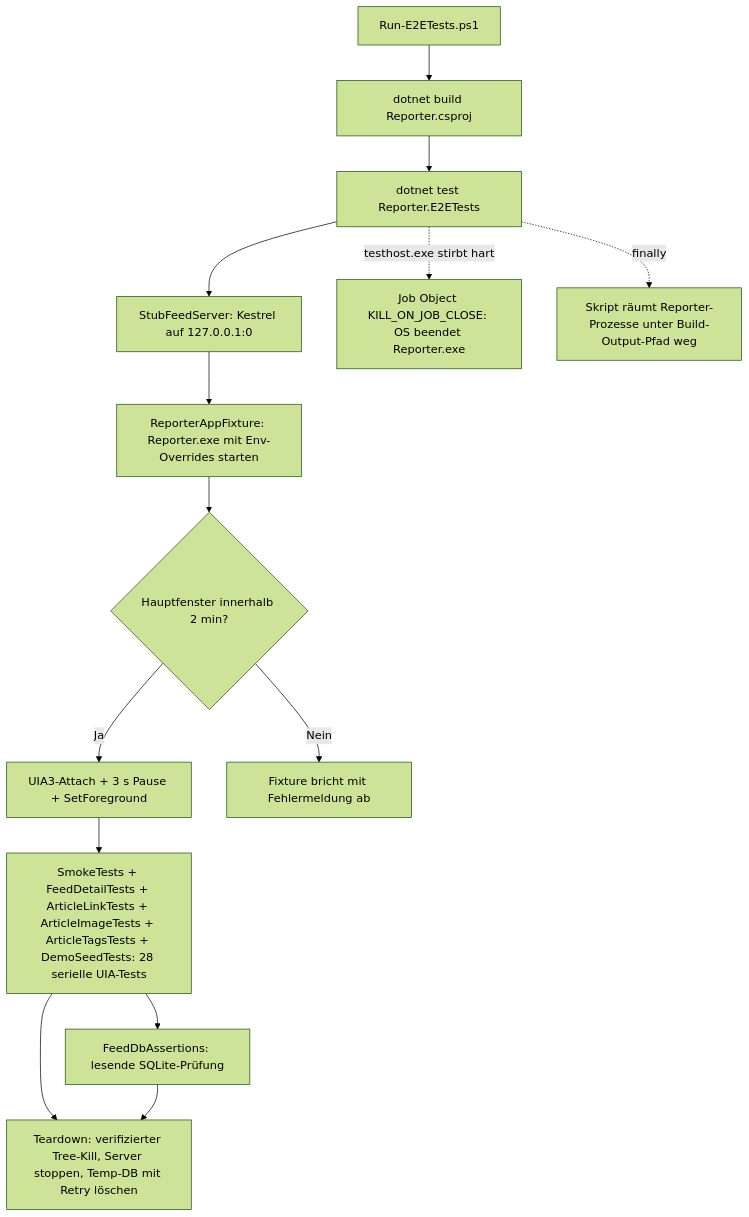
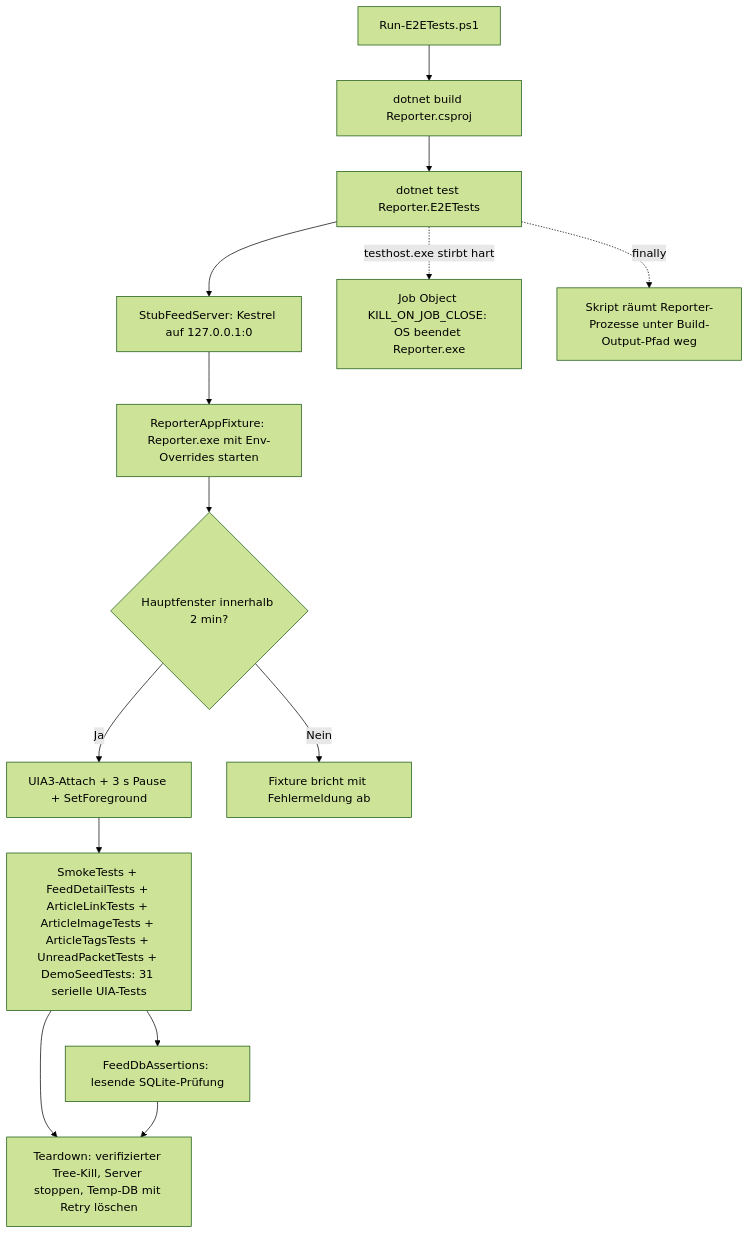
The diagram in docs/help/tests/ablauf-technisch.md (martin-stromberg/Reporter), drawn with Mermaid (forest theme) before and after one commit. The commit also changed other lines of this file and 44 other files, not shown here.

````diff
--- a/docs/help/tests/ablauf-technisch.md
+++ b/docs/help/tests/ablauf-technisch.md
@@ -96,16 +100,16 @@
 ```mermaid
 flowchart TD
     A[Run-E2ETests.ps1] --> B[dotnet build Reporter.csproj]
     B --> C[dotnet test Reporter.E2ETests]
     C --> D[StubFeedServer: Kestrel auf 127.0.0.1:0]
     D --> E[ReporterAppFixture: Reporter.exe mit Env-Overrides starten]
     E --> F{Hauptfenster innerhalb 2 min?}
     F -- Ja --> G[UIA3-Attach + 3 s Pause + SetForeground]
     F -- Nein --> H[Fixture bricht mit Fehlermeldung ab]
-    G --> I[SmokeTests + FeedDetailTests + ArticleLinkTests + ArticleImageTests + ArticleTagsTests + DemoSeedTests: 28 serielle UIA-Tests]
+    G --> I[SmokeTests + FeedDetailTests + ArticleLinkTests + ArticleImageTests + ArticleTagsTests + UnreadPacketTests + DemoSeedTests: 31 serielle UIA-Tests]
     I --> J[FeedDbAssertions: lesende SQLite-Prüfung]
     I --> K[Teardown: verifizierter Tree-Kill, Server stoppen, Temp-DB mit Retry löschen]
     J --> K
     C -.->|testhost.exe stirbt hart| L[Job Object KILL_ON_JOB_CLOSE: OS beendet Reporter.exe]
     C -.->|finally| M[Skript räumt Reporter-Prozesse unter Build-Output-Pfad weg]
 ```
````
